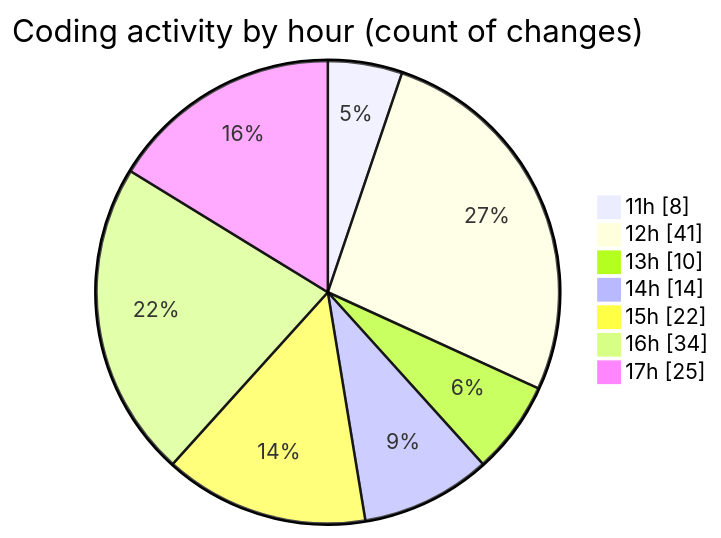
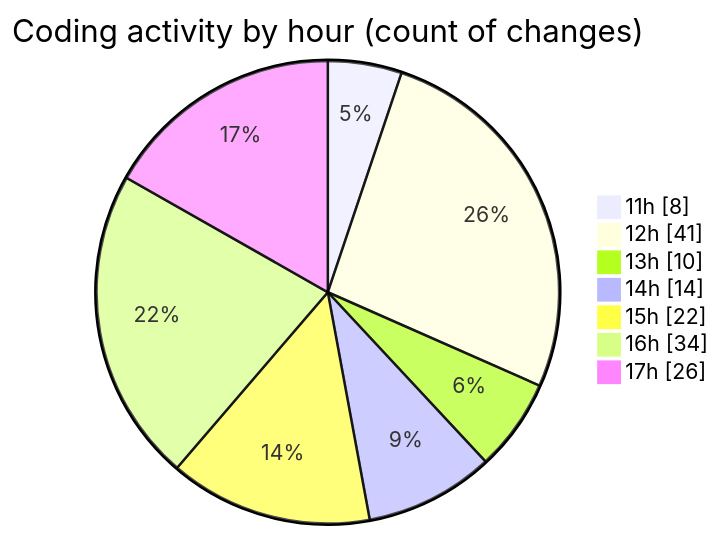
Before and after one commit to BS-eng2023/code-tracking: the second of 2 diagrams in 2025-05-04/project/README.md, drawn with Mermaid. The commit also changed other lines of this file and 1 other file, not shown here.

````diff
--- a/2025-05-04/project/README.md
+++ b/2025-05-04/project/README.md
@@ -54,11 +54,11 @@
 ```mermaid
 pie showData
 title Coding activity by hour (count of changes)
 "11h" : 8
 "12h" : 41
 "13h" : 10
 "14h" : 14
 "15h" : 22
 "16h" : 34
-"17h" : 25
+"17h" : 26
 ```
````
